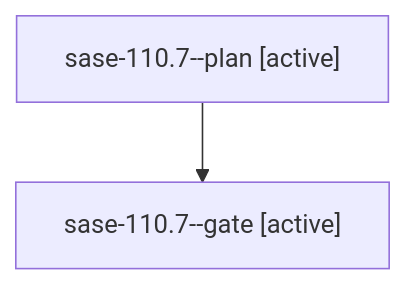
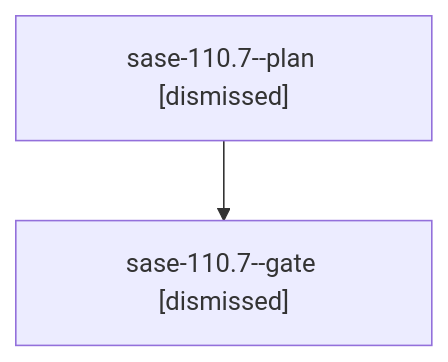
One commit to sase-org/sase--agents changed the diagram in sessions/bbugyi200.athena.sase-110.7.md. Above: the diagram before and after it, drawn with Mermaid. The commit also changed other lines of this file and 104 other files, not shown here.

````diff
--- a/sessions/bbugyi200.athena.sase-110.7.md
+++ b/sessions/bbugyi200.athena.sase-110.7.md
@@ -9,6 +9,6 @@
 ```mermaid
 flowchart TD
-  n0["sase-110.7--plan [active]"]
-  n1["sase-110.7--gate [active]"]
+  n0["sase-110.7--plan [dismissed]"]
+  n1["sase-110.7--gate [dismissed]"]
   n0 --> n1
 ```
````
